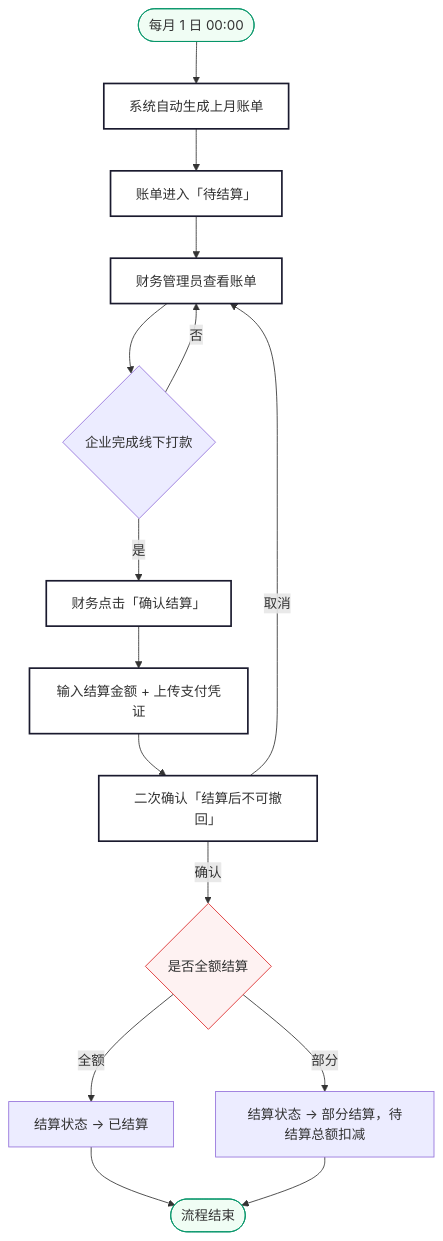
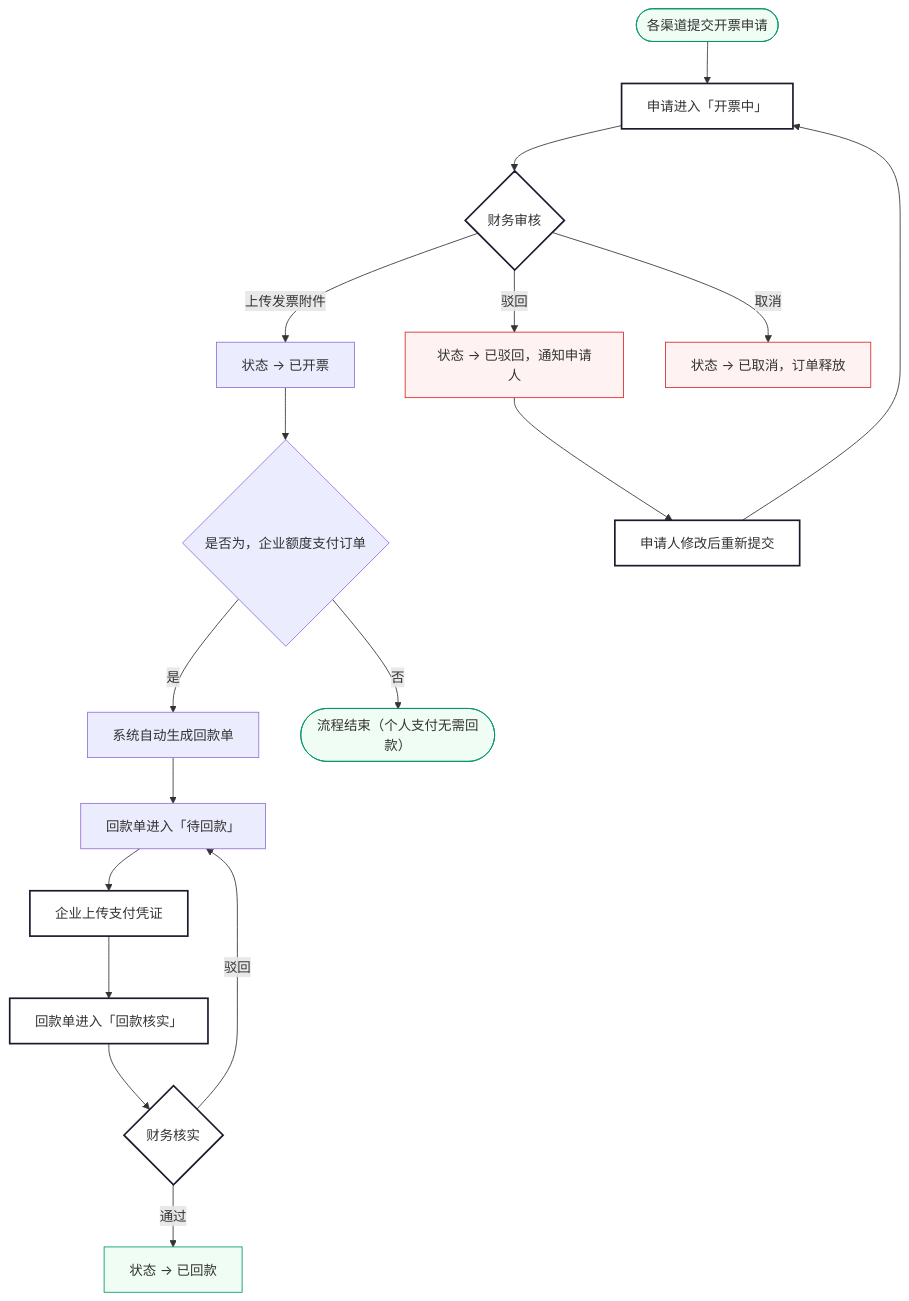
Before and after one commit to klayhuzhenx/zunchuxing: the sixth of 7 diagrams in 运营端需求规格说明.md, drawn with Mermaid. The commit also changed other lines of this file and 237 other files, not shown here.

````diff
--- a/运营端需求规格说明.md
+++ b/运营端需求规格说明.md
@@ -1608,24 +1837,26 @@
 ```mermaid
 graph TD
-    A(["每月 1 日 00:00"]) --> B["系统自动生成上月账单"]
-    B --> C["账单进入「待结算」"]
-    C --> D["财务管理员查看账单"]
-    D --> E{"企业完成线下打款"}
-    E --> |是| F["财务点击「确认结算」"]
-    F --> G["输入结算金额 + 上传支付凭证"]
-    G --> H["二次确认「结算后不可撤回」"]
-    H --> |确认| I{"是否全额结算"}
-    I --> |全额| J["结算状态 → 已结算"]
-    I --> |部分| K["结算状态 → 部分结算，待结算总额扣减"]
-    J --> L(["流程结束"])
-    K --> L
-    H --> |取消| D
-    E --> |否| D
+    A(["各渠道提交开票申请"]) --> B["申请进入「开票中」"]
+    B --> C{"财务审核"}
+    C --> |上传发票附件| D["状态 → 已开票"]
+    C --> |驳回| E["状态 → 已驳回，通知申请人"]
+    C --> |取消| F["状态 → 已取消，订单释放"]
+    E --> G["申请人修改后重新提交"]
+    G --> B
+    D --> H{"是否为，企业额度支付订单"}
+    H --> |是| I["系统自动生成回款单"]
+    H --> |否| J(["流程结束（个人支付无需回款）"])
+    I --> K["回款单进入「待回款」"]
+    K --> L["企业上传支付凭证"]
+    L --> M["回款单进入「回款核实」"]
+    M --> N{"财务核实"}
+    N --> |通过| O["状态 → 已回款"]
+    N --> |驳回| K
 
     classDef step fill:#fff,stroke:#1a1a2e,stroke-width:2px
     classDef terminal fill:#f0fdf4,stroke:#059669
     classDef warn fill:#fef2f2,stroke:#dc2626
-    class B,C,D,F,G,H step
-    class A,L terminal
-    class I warn
+    class B,C,G,L,M,N step
+    class A,J,O terminal
+    class E,F warn
 ```
````
